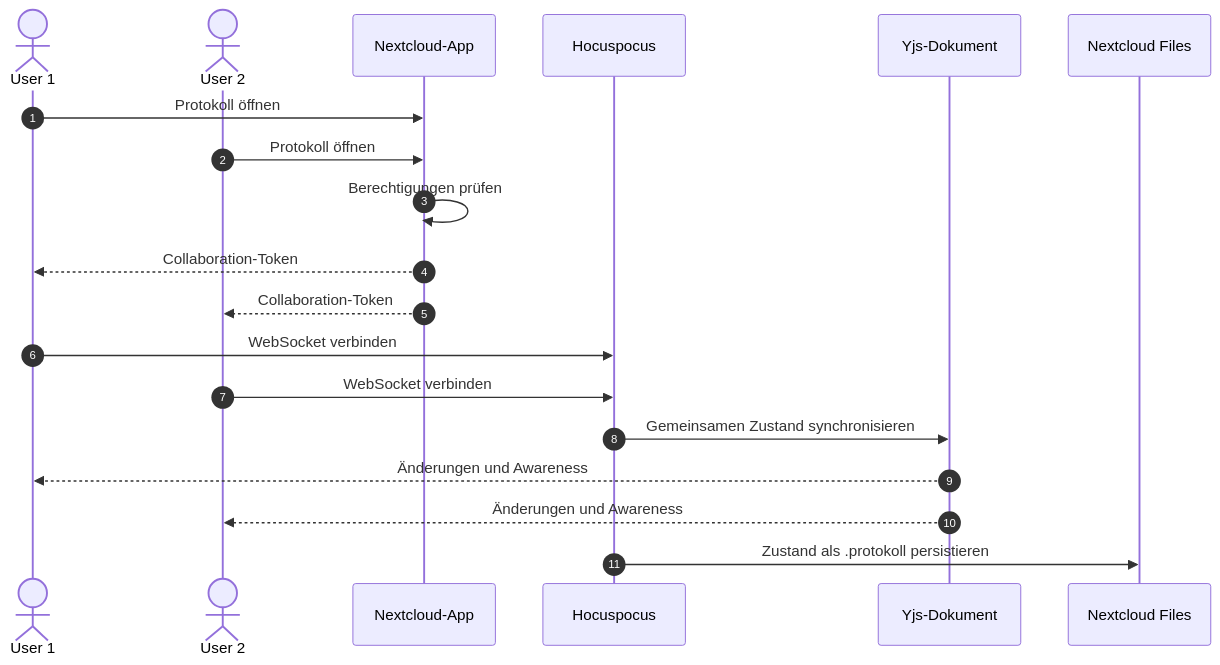
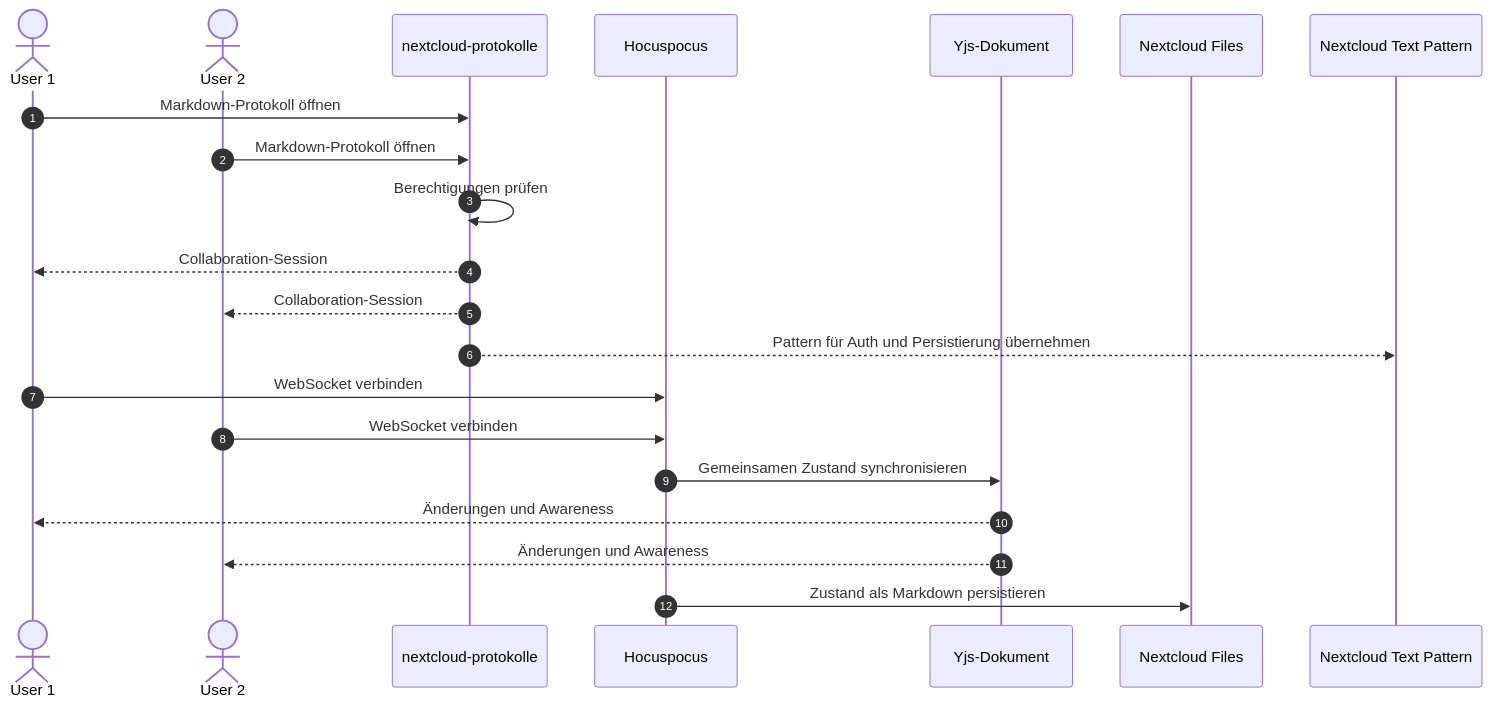
The fifth of 5 diagrams in ARCHITECTURE.md (dergabriel/nextcloud-protokolle), drawn with Mermaid before and after one commit. The commit also changed other lines of this file, not shown here.

Commit message:
docs: pivot architecture to lean on nextcloud text and user_oidc

````diff
--- a/ARCHITECTURE.md
+++ b/ARCHITECTURE.md
@@ -251,22 +305,24 @@
 ```mermaid
 sequenceDiagram
     autonumber
     actor U1 as User 1
     actor U2 as User 2
-    participant A as Nextcloud-App
+    participant A as nextcloud-protokolle
     participant H as Hocuspocus
     participant D as Yjs-Dokument
     participant F as Nextcloud Files
+    participant T as Nextcloud Text Pattern
 
-    U1->>A: Protokoll öffnen
-    U2->>A: Protokoll öffnen
+    U1->>A: Markdown-Protokoll öffnen
+    U2->>A: Markdown-Protokoll öffnen
     A->>A: Berechtigungen prüfen
-    A-->>U1: Collaboration-Token
-    A-->>U2: Collaboration-Token
+    A-->>U1: Collaboration-Session
+    A-->>U2: Collaboration-Session
+    A-->>T: Pattern für Auth und Persistierung übernehmen
     U1->>H: WebSocket verbinden
     U2->>H: WebSocket verbinden
     H->>D: Gemeinsamen Zustand synchronisieren
     D-->>U1: Änderungen und Awareness
     D-->>U2: Änderungen und Awareness
-    H->>F: Zustand als .protokoll persistieren
+    H->>F: Zustand als Markdown persistieren
 ```
````
